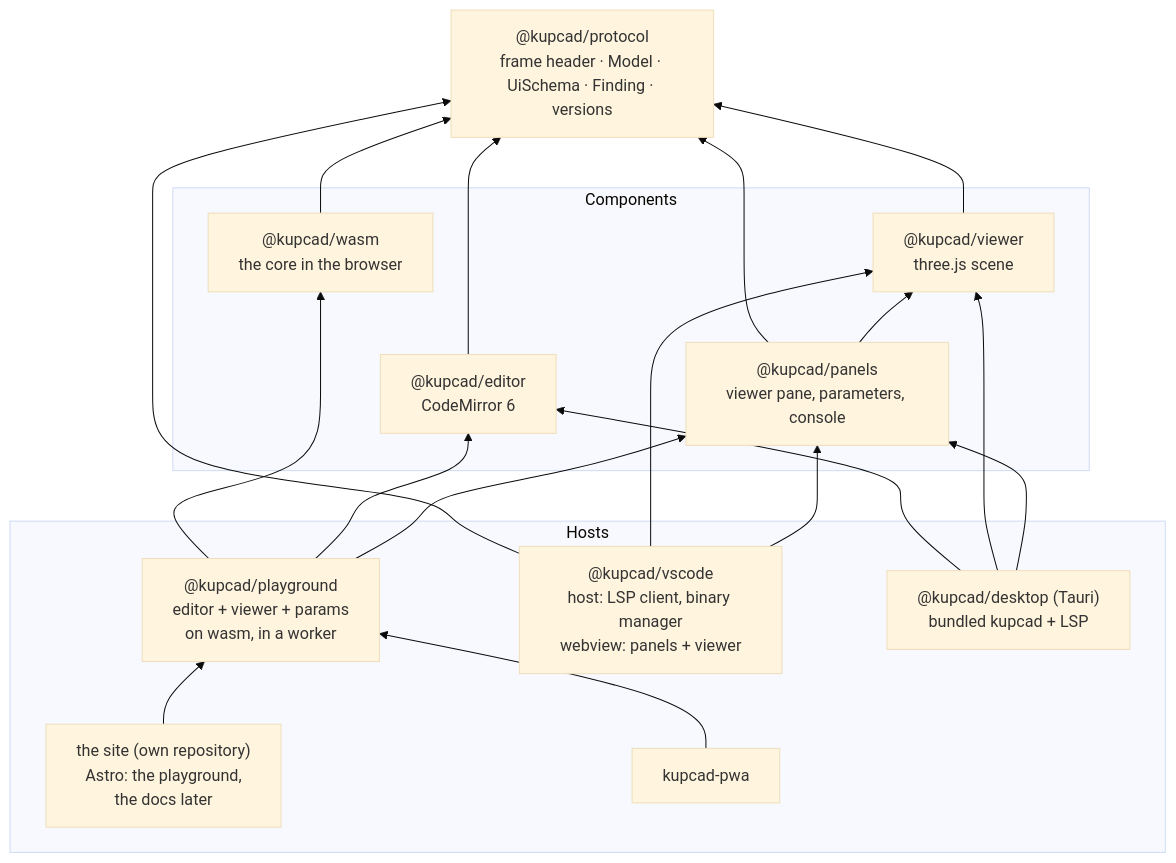
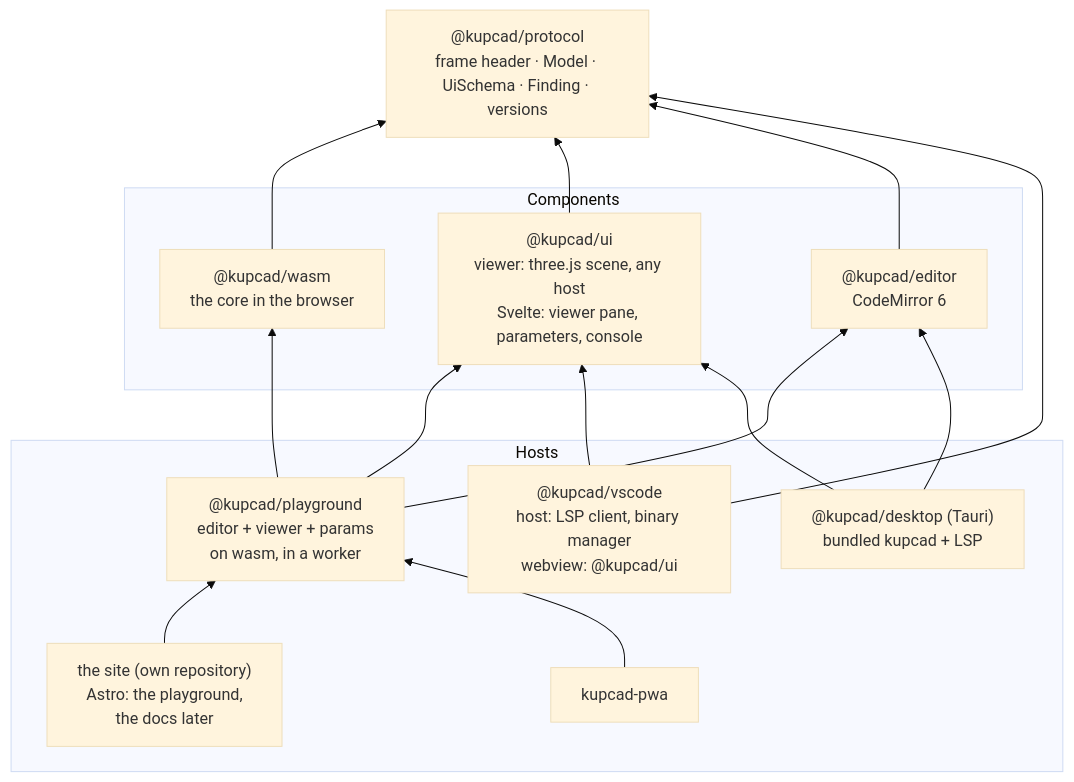
One commit to kupcad/kupcad changed the diagram in packages/architecture.md. Above: the diagram before and after it, drawn with Mermaid (base theme). The commit also changed other lines of this file and 118 other files, not shown here.

````diff
--- a/packages/architecture.md
+++ b/packages/architecture.md
@@ -11,36 +11,31 @@
 ```mermaid
 flowchart BT
     protocol["@kupcad/protocol<br/>frame header · Model · UiSchema · Finding · versions"]
 
     subgraph components ["Components"]
         wasm["@kupcad/wasm<br/>the core in the browser"]
-        viewer["@kupcad/viewer<br/>three.js scene"]
-        panels["@kupcad/panels<br/>viewer pane, parameters, console"]
+        ui["@kupcad/ui<br/>viewer: three.js scene, any host<br/>Svelte: viewer pane, parameters, console"]
         editor["@kupcad/editor<br/>CodeMirror 6"]
     end
 
     subgraph hosts ["Hosts"]
         playground["@kupcad/playground<br/>editor + viewer + params<br/>on wasm, in a worker"]
-        vscode["@kupcad/vscode<br/>host: LSP client, binary manager<br/>webview: panels + viewer"]
+        vscode["@kupcad/vscode<br/>host: LSP client, binary manager<br/>webview: @kupcad/ui"]
         desktop["@kupcad/desktop (Tauri)<br/>bundled kupcad + LSP"]
         docs["the site (own repository)<br/>Astro: the playground,<br/>the docs later"]
         pwa["kupcad-pwa"]
     end
 
     wasm --> protocol
-    viewer --> protocol
-    panels --> protocol
-    panels --> viewer
+    ui --> protocol
     editor --> protocol
     playground --> wasm
     playground --> editor
-    playground --> panels
+    playground --> ui
     vscode --> protocol
-    vscode --> viewer
-    vscode --> panels
+    vscode --> ui
     desktop --> editor
-    desktop --> viewer
-    desktop --> panels
+    desktop --> ui
     docs --> playground
     pwa --> playground
 ```
````
